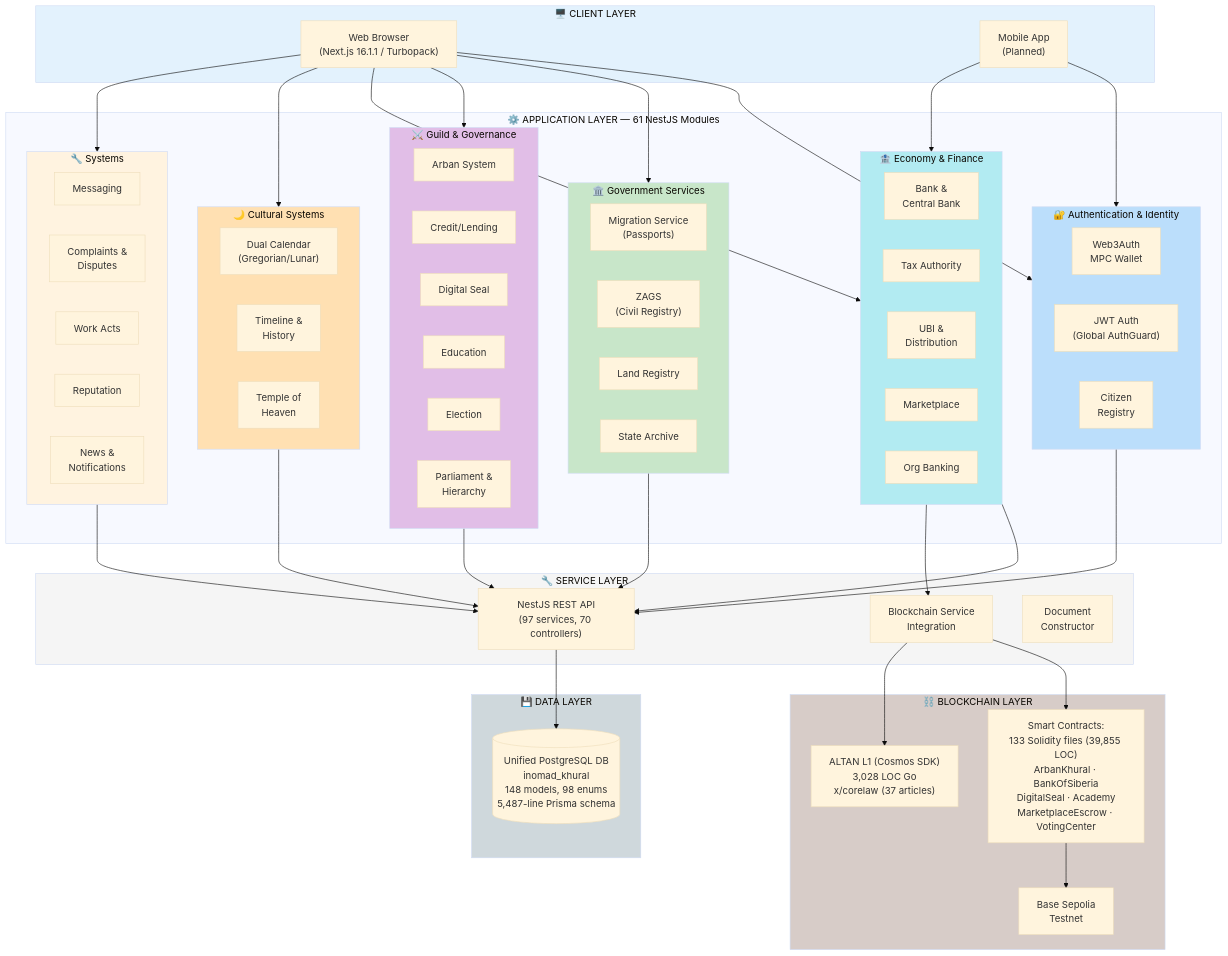
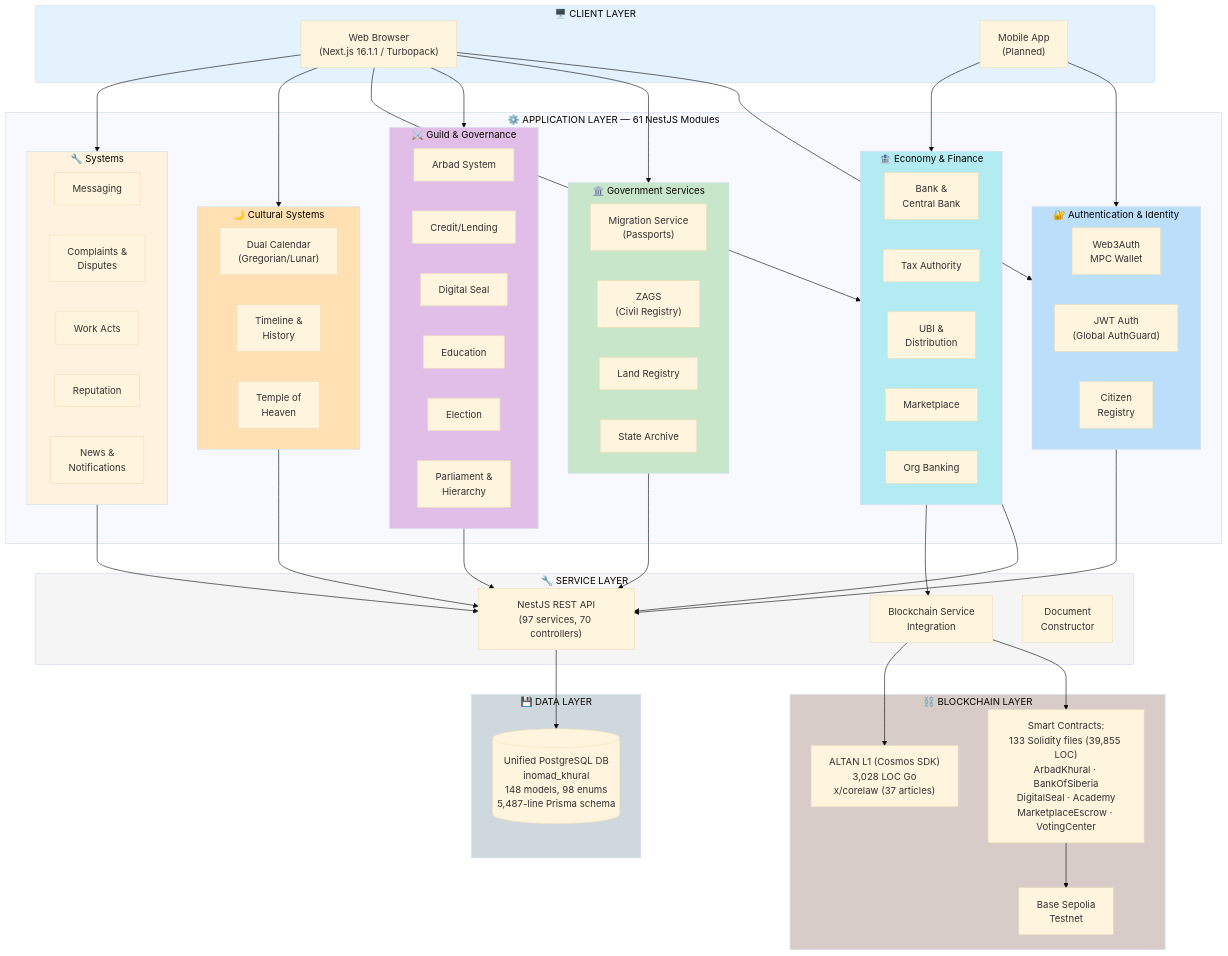
One commit to Khongirad/INOMAD changed the diagram in docs/architecture/SYSTEM_ARCHITECTURE.md. Above: the diagram before and after it, drawn with Mermaid (base theme). The commit also changed other lines of this file and 217 other files, not shown here.

```diff
--- a/docs/architecture/SYSTEM_ARCHITECTURE.md
+++ b/docs/architecture/SYSTEM_ARCHITECTURE.md
@@ -29,7 +29,7 @@
         end
 
         subgraph Guild["⚔️ Guild & Governance"]
-            Arban["Arban System"]
+            Arbad["Arbad System"]
             Credit["Credit/Lending"]
             Seal["Digital Seal"]
             Edu["Education"]
@@ -71,7 +71,7 @@
     end
 
     subgraph Chain["⛓️ BLOCKCHAIN LAYER"]
-        Contracts["Smart Contracts:<br/>133 Solidity files (39,855 LOC)<br/>ArbanKhural · BankOfSiberia<br/>DigitalSeal · Academy<br/>MarketplaceEscrow · VotingCenter"]
+        Contracts["Smart Contracts:<br/>133 Solidity files (39,855 LOC)<br/>ArbadKhural · BankOfSiberia<br/>DigitalSeal · Academy<br/>MarketplaceEscrow · VotingCenter"]
         L1["ALTAN L1 (Cosmos SDK)<br/>3,028 LOC Go<br/>x/corelaw (37 articles)"]
         Network["Base Sepolia<br/>Testnet"]
     end
```
